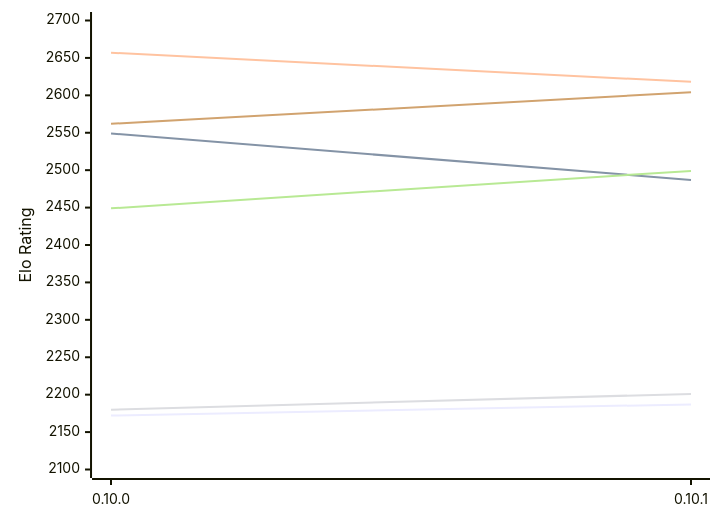
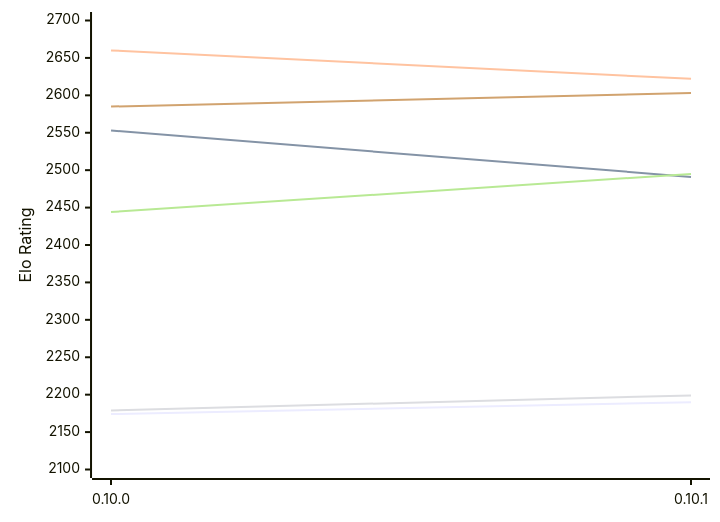
The first of 2 diagrams in engines/Fatalii.md (computer-chess-index/cci), drawn with Mermaid before and after one commit. The commit also changed other lines of this file, not shown here.

Commit message:
Update CCI Ratings (ELO VLTC) - 2026-11-22

````diff
--- a/engines/Fatalii.md
+++ b/engines/Fatalii.md
@@ -50,12 +50,12 @@
 ```mermaid
 %%{init: {"theme":"base","themeVariables":{"seriesColors:['#a3a3a3','#222221','#faa371']}}}%%
 xychart-beta
   x-axis ["0.10.0", "0.10.1"]
   y-axis "Elo Rating" 2100 --> 2700
-  line "E1: STC (8.0+0.08s)" [2172, 2187]
-  line "E1: LTC (60.0+0.60s)" [2549, 2487]
-  line "E1: VLTC (2m24s+1.12s)" [2657, 2618]
-  line "P1: STC (8.0+0.08s)" [2180, 2201]
-  line "P1: LTC (60.0+0.60s)" [2449, 2499]
-  line "P1: VLTC (2m24s+1.12s)" [2562, 2604]
+  line "E1: STC (8.0+0.08s)" [2174, 2190]
+  line "E1: LTC (60.0+0.60s)" [2553, 2491]
+  line "E1: VLTC (2m24s+1.12s)" [2660, 2622]
+  line "P1: STC (8.0+0.08s)" [2179, 2199]
+  line "P1: LTC (60.0+0.60s)" [2444, 2495]
+  line "P1: VLTC (2m24s+1.12s)" [2585, 2603]
 ```
````
